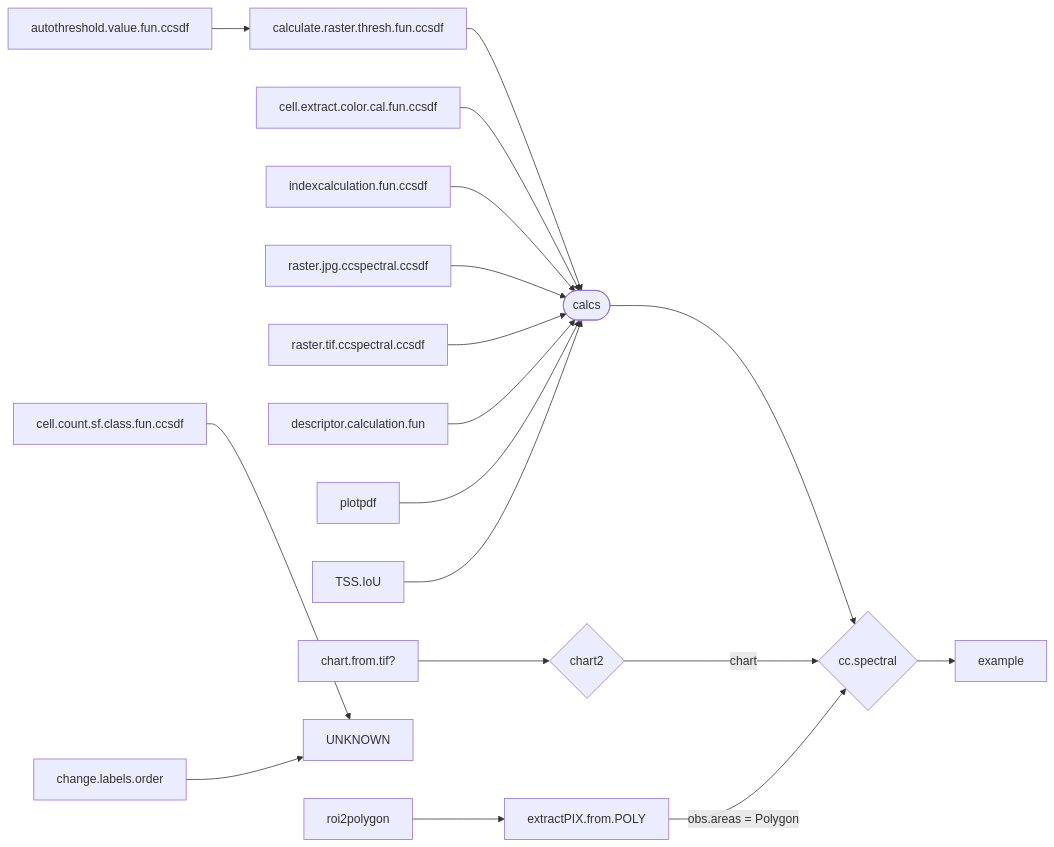
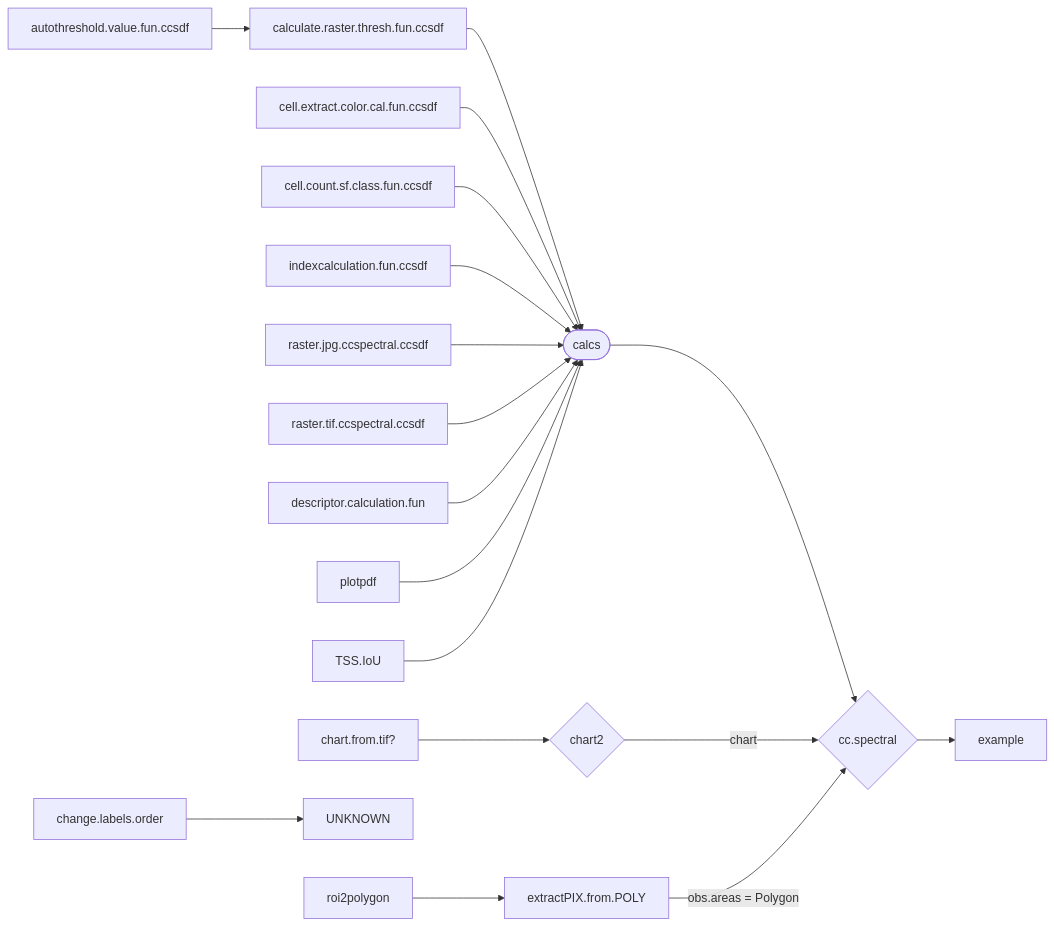
One commit to cRonFer/photomoss changed the diagram in README.md. Above: the diagram before and after it, drawn with Mermaid. The commit also changed other lines of this file, not shown here.

````diff
--- a/README.md
+++ b/README.md
@@ -8,25 +100,25 @@
 ```mermaid
 flowchart LR
     A([calcs]) --> B{cc.spectral}
     C{chart2} -->|chart| B
  O[chart.from.tif?] --> C
 
    D[calculate.raster.thresh.fun.ccsdf] --> A
    E[autothreshold.value.fun.ccsdf] --> D
    F[cell.extract.color.cal.fun.ccsdf] --> A
+   M[cell.count.sf.class.fun.ccsdf] --> A
    G[indexcalculation.fun.ccsdf] --> A
    H[raster.jpg.ccspectral.ccsdf] --> A
    I[raster.tif.ccspectral.ccsdf] --> A
    J[descriptor.calculation.fun] --> A
    K[plotpdf] --> A
    L[TSS.IoU] --> A
    
-   M[cell.count.sf.class.fun.ccsdf] --> AA
    N[change.labels.order] --> AA
    AA[UNKNOWN]
 
    Q[roi2polygon] --> P
    P[extractPIX.from.POLY] --> |obs.areas = Polygon| B
    
    B --> BB[example]
    ```
````
